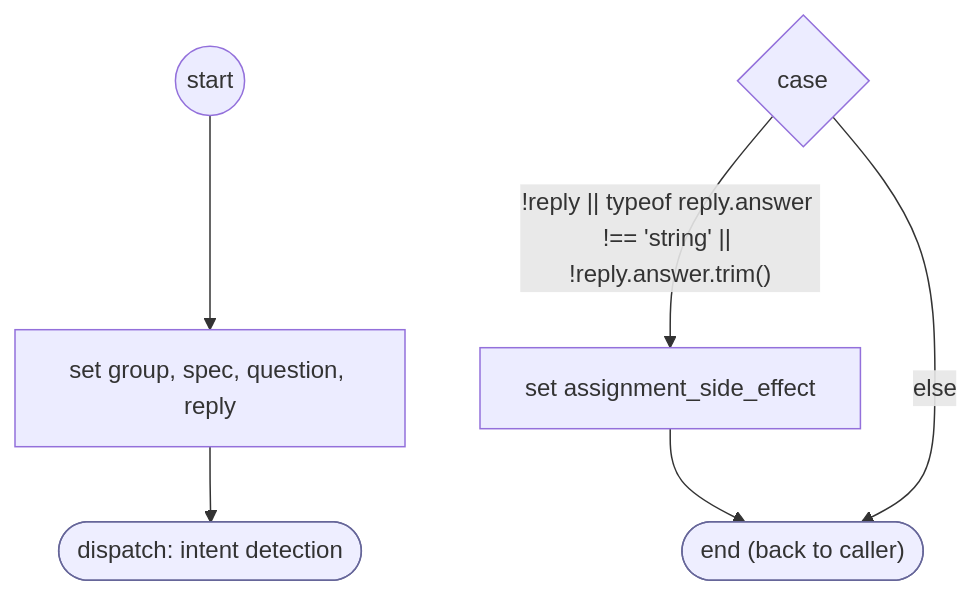
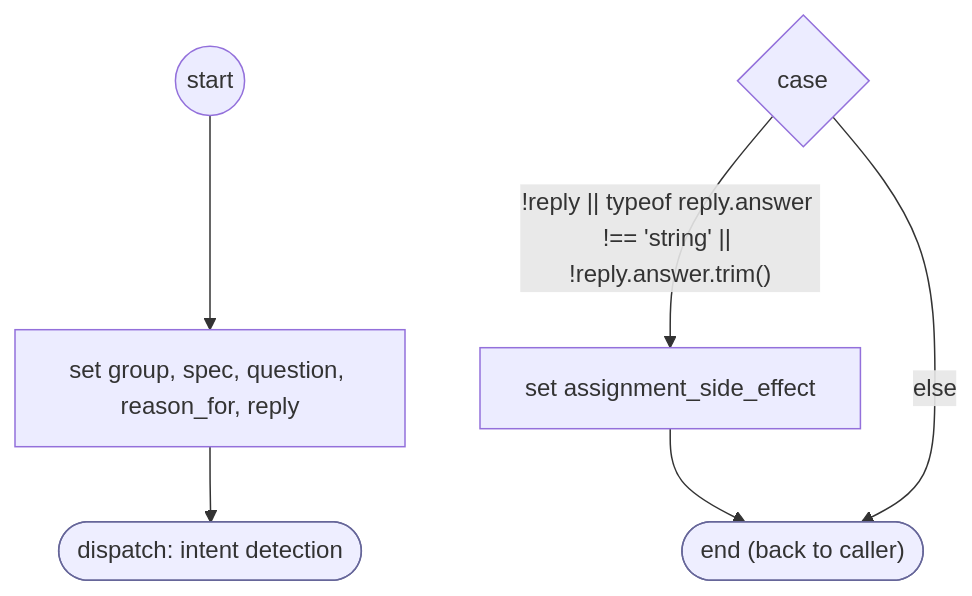
One commit to ronpinkas/jsfe changed the diagram in docs/flows/system/read-form-response.md. Above: the diagram before and after it, drawn with Mermaid. The commit also changed 1 other file, not shown here.

Commit message:
jsfe: flows/ reference copy of the prod system set (built from e1a24f0, jsfe 1.19.0, in prod 2026-10-31), flow docs regenerated.
Claude-Session: https://claude.ai/code/session_01CHmSDWWBaHbVbJGuny1icq

````diff
--- a/docs/flows/system/read-form-response.md
+++ b/docs/flows/system/read-form-response.md
@@ -17,20 +17,20 @@
 ```mermaid
 flowchart TD
    START(("start"))
-   n0["set group, spec, question, reply"]
+   n0["set group, spec, question, reason_for, reply"]
    START --> n0
    n1(["dispatch: intent detection"])
    class n1 endstep
    n0 --> n1
    c2{"case"}
    b3["set assignment_side_effect"]
    c2 -- "!reply #124;#124; typeof reply.answer !== 'string' #124;#124; !reply.answer.trim()" --> b3
    DONE(["end (back to caller)"])
    class DONE endstep
    b3 --> DONE
    c2 -- "else" --> DONE
    classDef endstep fill:#eef,stroke:#669
    classDef toolstep fill:#efe,stroke:#696
    classDef flowstep fill:#fef6e0,stroke:#b80
    classDef inputstep fill:#f3eefc,stroke:#75a
 ```
````
